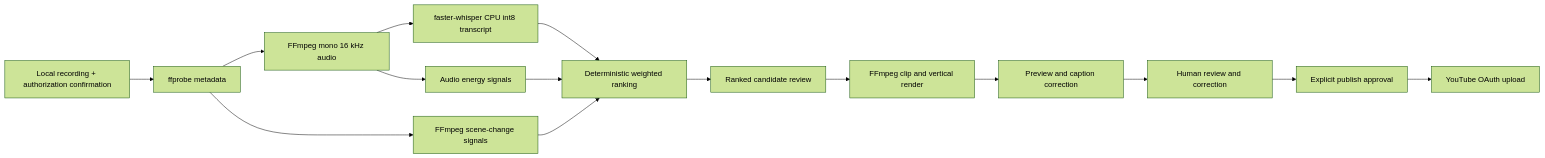
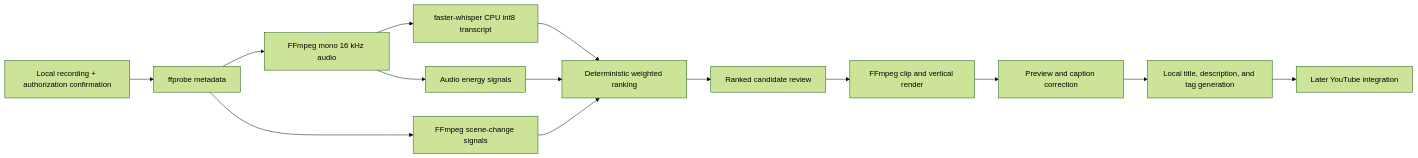
Before and after one commit to kavinash0310/clipforge-ai: the second of 2 diagrams in ARCHITECTURE.md, drawn with Mermaid (forest theme). The commit also changed other lines of this file and 17 other files, not shown here.

Commit message:
Add local metadata generation workflow

````diff
--- a/ARCHITECTURE.md
+++ b/ARCHITECTURE.md
@@ -27,17 +27,16 @@
 ```mermaid
 flowchart LR
     Import[Local recording + authorization confirmation] --> Probe[ffprobe metadata]
     Probe --> Extract[FFmpeg mono 16 kHz audio]
     Extract --> ASR[faster-whisper CPU int8 transcript]
     Extract --> Signals[Audio energy signals]
     Probe --> Scenes[FFmpeg scene-change signals]
     ASR --> Score[Deterministic weighted ranking]
     Signals --> Score
     Scenes --> Score
     Score --> Review[Ranked candidate review]
     Review --> Render[FFmpeg clip and vertical render]
     Render --> Preview[Preview and caption correction]
-    Preview --> Approval[Human review and correction]
-    Approval --> PublishApproval[Explicit publish approval]
-    PublishApproval --> YouTube[YouTube OAuth upload]
+    Preview --> Metadata[Local title, description, and tag generation]
+    Metadata --> YouTube[Later YouTube integration]
 ```
````
